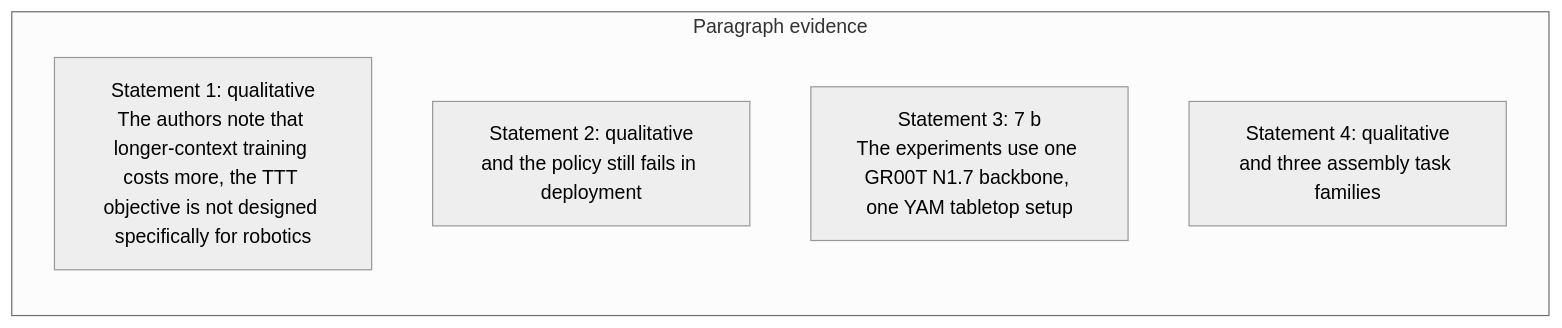
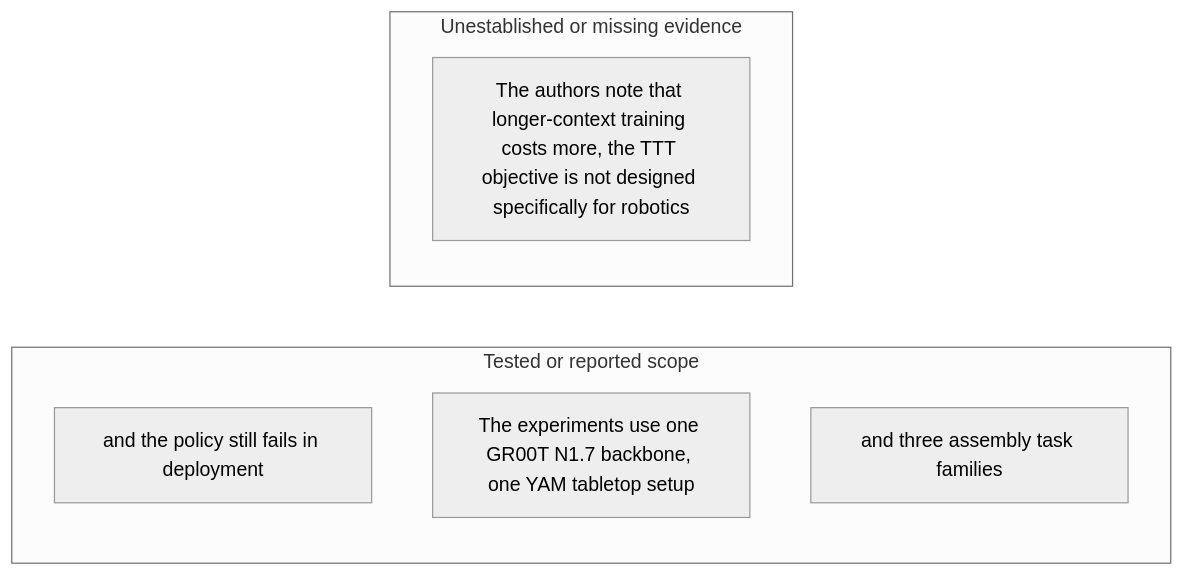
One commit to Betancourt1/paper_atlas changed diagram 37 of 48 in docs/visual-manifests/VISUAL_MANIFEST_ROBOTT.md. Above: the diagram before and after it, drawn with Mermaid (neutral theme). The commit also changed other lines of this file and 7 other files, not shown here.

````diff
--- a/docs/visual-manifests/VISUAL_MANIFEST_ROBOTT.md
+++ b/docs/visual-manifests/VISUAL_MANIFEST_ROBOTT.md
@@ -3146,9 +3147,11 @@
 ```mermaid
 flowchart LR
-  subgraph p1["Paragraph evidence"]
-    p1r1["Statement 1: qualitative<br/>The authors note that longer-context training costs more, the TTT objective is not designed specifically for robotics"]
-    p1r2["Statement 2: qualitative<br/>and the policy still fails in deployment"]
-    p1r3["Statement 3: 7 b<br/>The experiments use one GR00T N1.7 backbone, one YAM tabletop setup"]
-    p1r4["Statement 4: qualitative<br/>and three assembly task families"]
+  subgraph g1["Tested or reported scope"]
+    g1i1["and the policy still fails in deployment"]
+    g1i2["The experiments use one GR00T N1.7 backbone, one YAM tabletop setup"]
+    g1i3["and three assembly task families"]
+  end
+  subgraph g2["Unestablished or missing evidence"]
+    g2i1["The authors note that longer-context training costs more, the TTT objective is not designed specifically for robotics"]
   end
 ```
````
